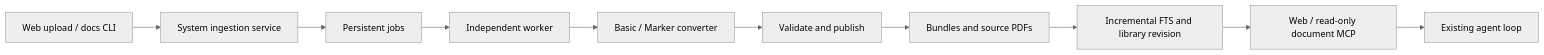
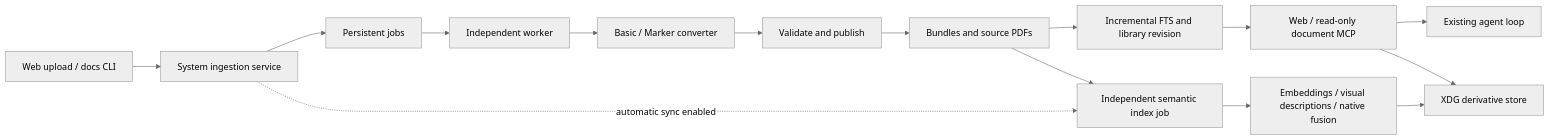
One commit to wpx147258/DeepCodocx changed the diagram in docs/deepdocx-ingest.en.md. Above: the diagram before and after it, drawn with Mermaid (neutral theme). The commit also changed other lines of this file and 77 other files, not shown here.

````diff
--- a/docs/deepdocx-ingest.en.md
+++ b/docs/deepdocx-ingest.en.md
@@ -88,12 +93,17 @@
 ```mermaid
 flowchart LR
     U[Web upload / docs CLI] --> S[System ingestion service]
     S --> J[Persistent jobs]
     J --> W[Independent worker]
     W --> B[Basic / Marker converter]
     B --> V[Validate and publish]
     V --> L[Bundles and source PDFs]
     L --> I[Incremental FTS and library revision]
     I --> R[Web / read-only document MCP]
     R --> A[Existing agent loop]
+    S -. automatic sync enabled .-> Q[Independent semantic index job]
+    L --> Q
+    Q --> M[Embeddings / visual descriptions / native fusion]
+    M --> D[XDG derivative store]
+    R --> D
 ```
````
